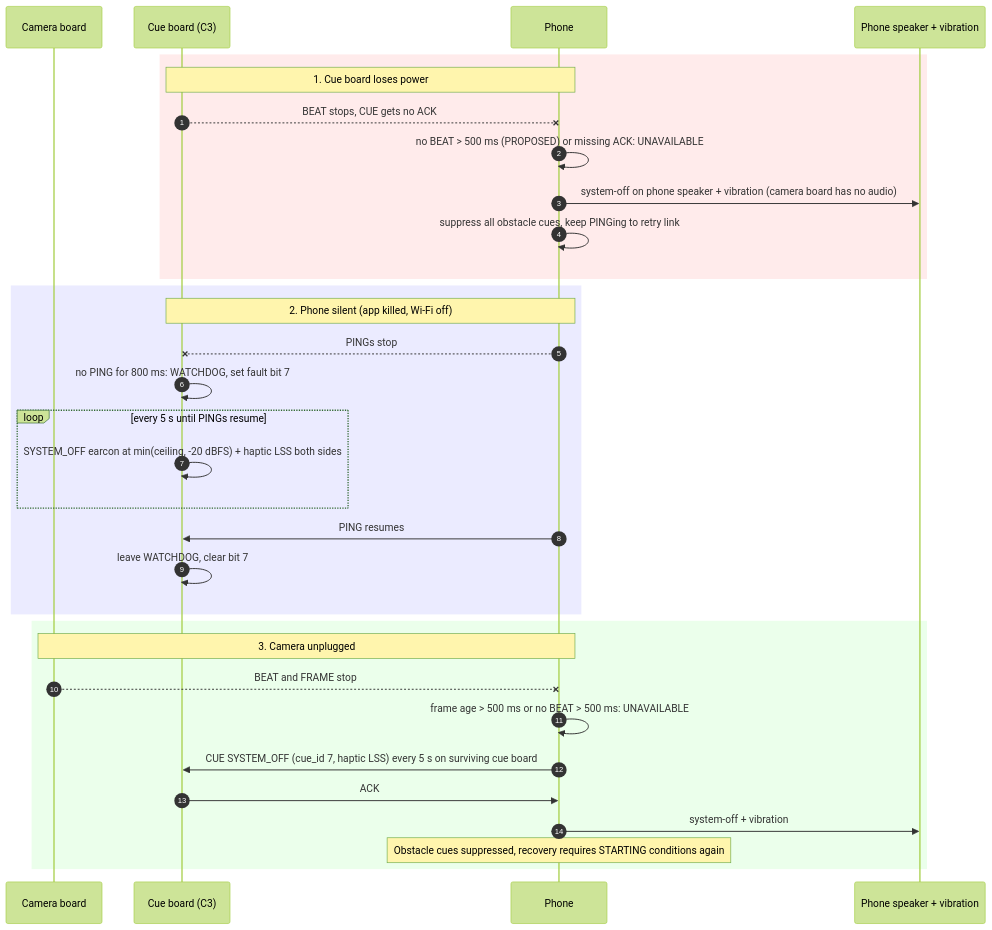
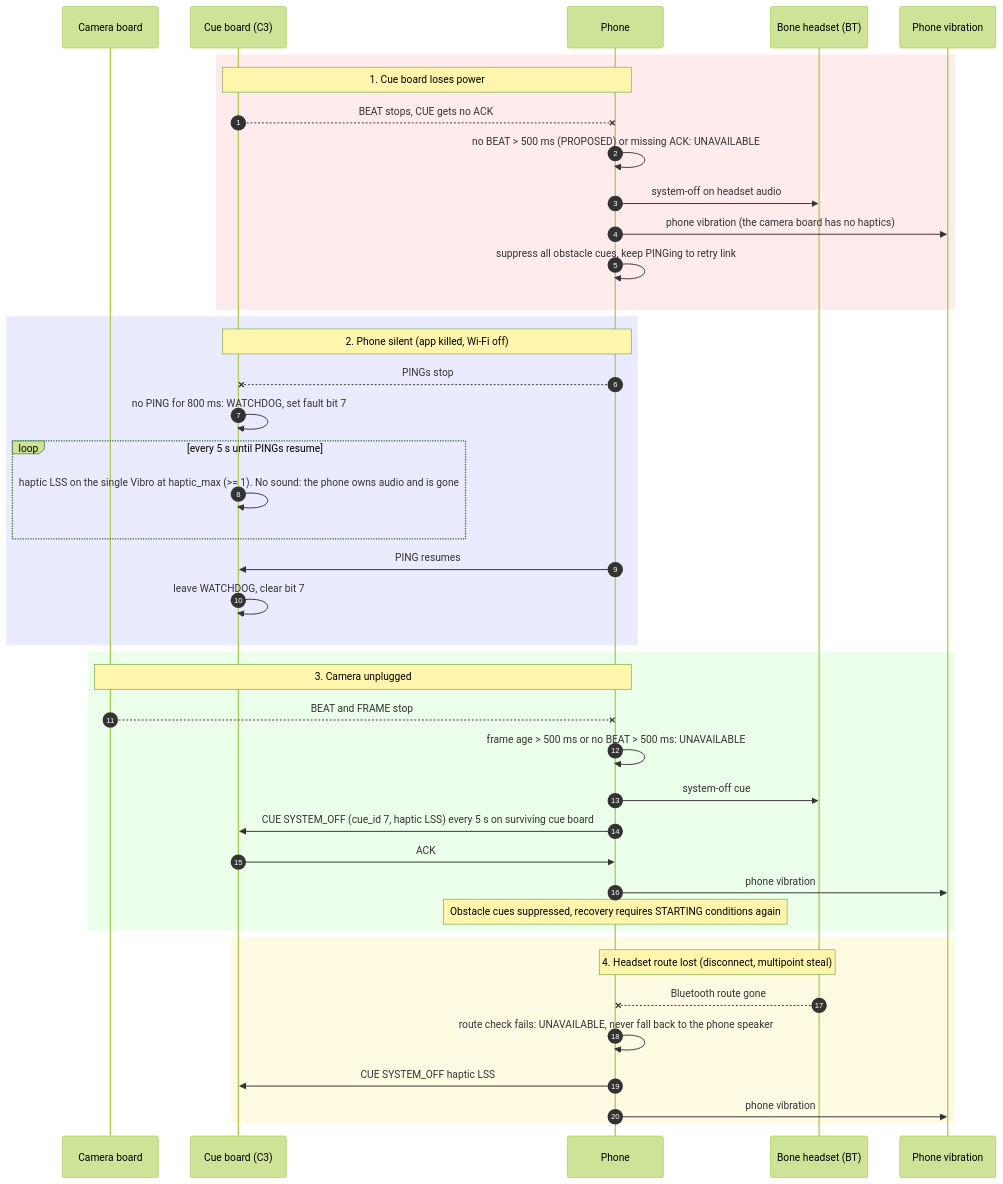
One commit to nunera/Determine changed the sixth of 6 diagrams in docs/flows/hardware.md. Above: the diagram before and after it, drawn with Mermaid (forest theme). The commit also changed other lines of this file and 159 other files, not shown here.

````diff
--- a/docs/flows/hardware.md
+++ b/docs/flows/hardware.md
@@ -243,34 +227,44 @@
 ```mermaid
 sequenceDiagram
   autonumber
   participant CAM as Camera board
   participant CUE as Cue board (C3)
   participant PH as Phone
-  participant SPK as Phone speaker + vibration
+  participant HEAD as Bone headset (BT)
+  participant VIB as Phone vibration
   rect rgb(255,235,235)
   Note over CUE,PH: 1. Cue board loses power
   CUE--xPH: BEAT stops, CUE gets no ACK
   PH->>PH: no BEAT > 500 ms (PROPOSED) or missing ACK: UNAVAILABLE
-  PH->>SPK: system-off on phone speaker + vibration (camera board has no audio)
+  PH->>HEAD: system-off on headset audio
+  PH->>VIB: phone vibration (the camera board has no haptics)
   PH->>PH: suppress all obstacle cues, keep PINGing to retry link
   end
   rect rgb(235,235,255)
   Note over CUE,PH: 2. Phone silent (app killed, Wi-Fi off)
   PH--xCUE: PINGs stop
   CUE->>CUE: no PING for 800 ms: WATCHDOG, set fault bit 7
   loop every 5 s until PINGs resume
-    CUE->>CUE: SYSTEM_OFF earcon at min(ceiling, -20 dBFS) + haptic LSS both sides
+    CUE->>CUE: haptic LSS on the single Vibro at haptic_max (>= 1). No sound: the phone owns audio and is gone
   end
   PH->>CUE: PING resumes
   CUE->>CUE: leave WATCHDOG, clear bit 7
   end
   rect rgb(235,255,235)
   Note over CAM,PH: 3. Camera unplugged
   CAM--xPH: BEAT and FRAME stop
   PH->>PH: frame age > 500 ms or no BEAT > 500 ms: UNAVAILABLE
+  PH->>HEAD: system-off cue
   PH->>CUE: CUE SYSTEM_OFF (cue_id 7, haptic LSS) every 5 s on surviving cue board
   CUE->>PH: ACK
-  PH->>SPK: system-off + vibration
+  PH->>VIB: phone vibration
   Note over PH: Obstacle cues suppressed, recovery requires STARTING conditions again
   end
+  rect rgb(255,250,225)
+  Note over PH,HEAD: 4. Headset route lost (disconnect, multipoint steal)
+  HEAD--xPH: Bluetooth route gone
+  PH->>PH: route check fails: UNAVAILABLE, never fall back to the phone speaker
+  PH->>CUE: CUE SYSTEM_OFF haptic LSS
+  PH->>VIB: phone vibration
+  end
 ```
````
